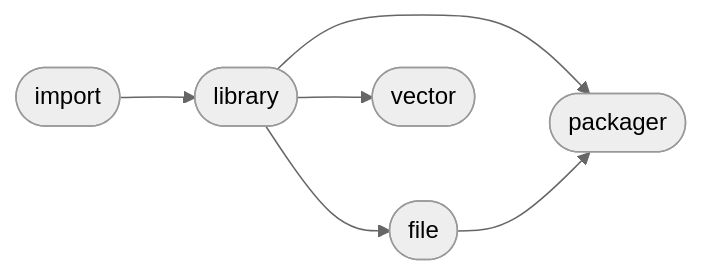
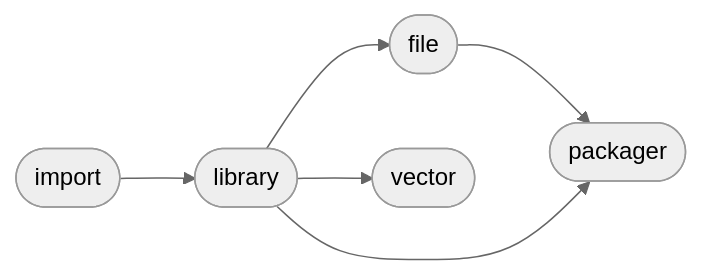
One commit to Mandera/Mandera changed the diagram in README.md. Above: the diagram before and after it, drawn with Mermaid (neutral theme). The commit also changed other lines of this file, not shown here.

````diff
--- a/README.md
+++ b/README.md
@@ -7,13 +7,13 @@
 ```mermaid
 flowchart LR
-1([library]) --> 3([vector])
+2([file]) --> 4([packager])
 1([library]) --> 4([packager])
 0([import]) --> 1([library])
 1([library]) --> 2([file])
-2([file]) --> 4([packager])
+1([library]) --> 3([vector])
 click 0 "https://github.com/ManderaGeneral/generalimport"
 click 1 "https://github.com/ManderaGeneral/generallibrary"
 click 2 "https://github.com/ManderaGeneral/generalfile"
 click 3 "https://github.com/ManderaGeneral/generalvector"
 click 4 "https://github.com/ManderaGeneral/generalpackager"
 ```
````
